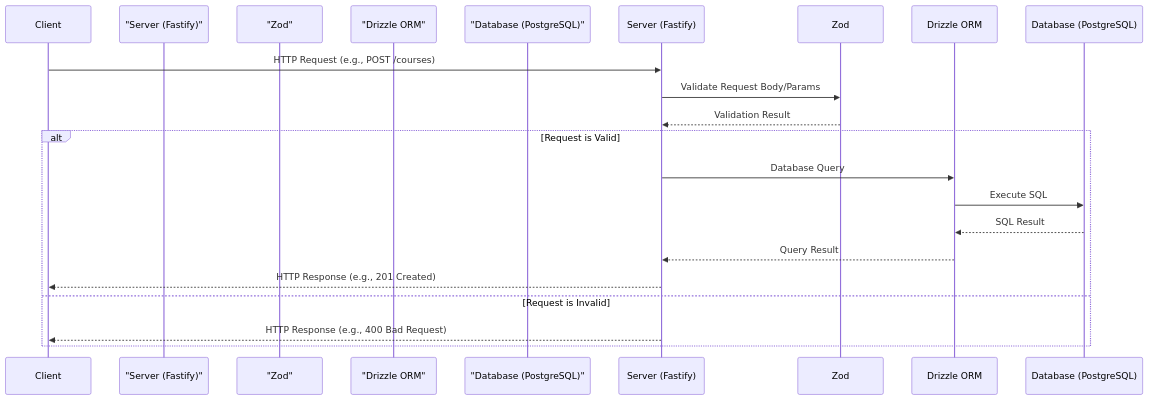
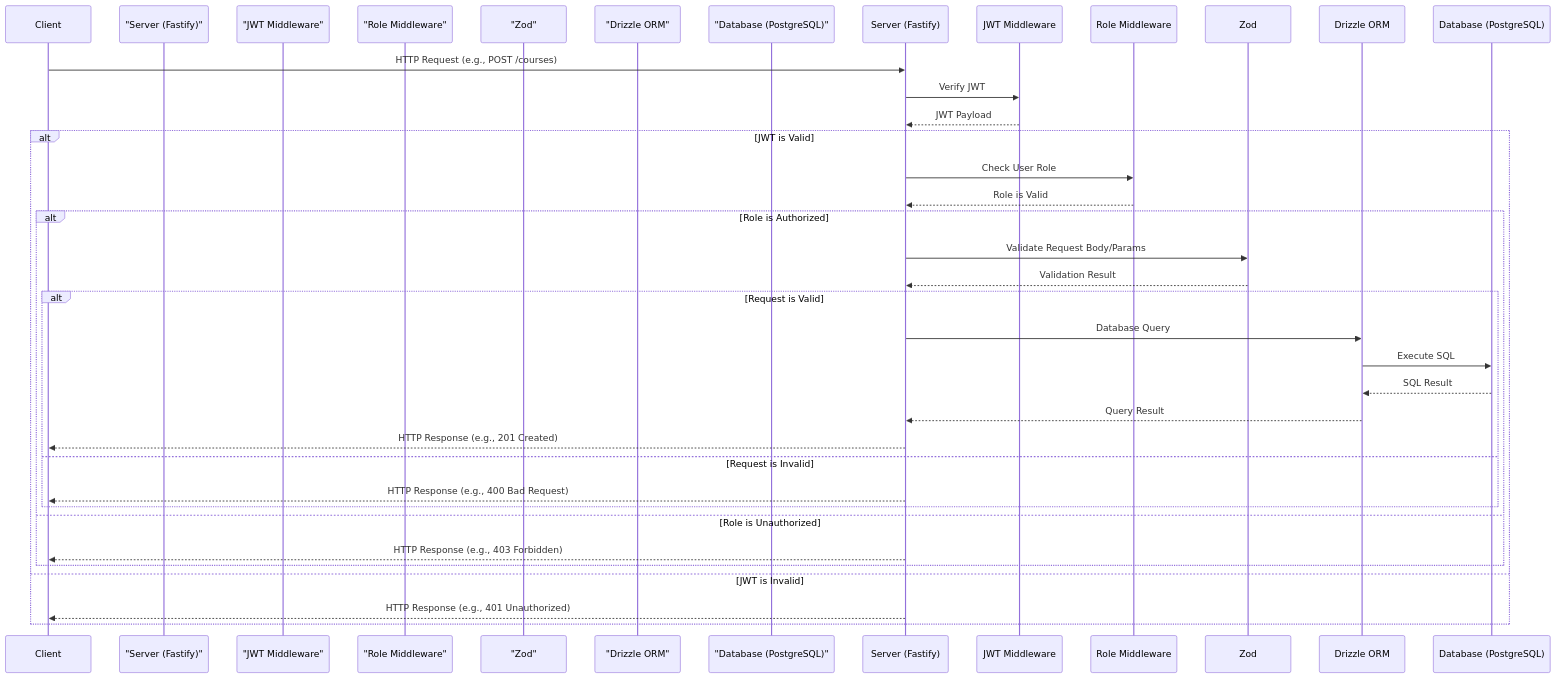
Before and after one commit to llutti/desafio-api-nodejs: the second of 2 diagrams in README.md, drawn with Mermaid. The commit also changed other lines of this file, not shown here.

````diff
--- a/README.md
+++ b/README.md
@@ -174,21 +271,35 @@
 ```mermaid
 sequenceDiagram
     participant Client
     participant "Server (Fastify)"
+    participant "JWT Middleware"
+    participant "Role Middleware"
     participant "Zod"
     participant "Drizzle ORM"
     participant "Database (PostgreSQL)"
 
     Client->>Server (Fastify): HTTP Request (e.g., POST /courses)
-    Server (Fastify)->>Zod: Validate Request Body/Params
-    Zod-->>Server (Fastify): Validation Result
-    alt Request is Valid
-        Server (Fastify)->>Drizzle ORM: Database Query
-        Drizzle ORM->>Database (PostgreSQL): Execute SQL
-        Database (PostgreSQL)-->>Drizzle ORM: SQL Result
-        Drizzle ORM-->>Server (Fastify): Query Result
-        Server (Fastify)-->>Client: HTTP Response (e.g., 201 Created)
-    else Request is Invalid
-        Server (Fastify)-->>Client: HTTP Response (e.g., 400 Bad Request)
+    Server (Fastify)->>JWT Middleware: Verify JWT
+    JWT Middleware-->>Server (Fastify): JWT Payload
+    alt JWT is Valid
+        Server (Fastify)->>Role Middleware: Check User Role
+        Role Middleware-->>Server (Fastify): Role is Valid
+        alt Role is Authorized
+            Server (Fastify)->>Zod: Validate Request Body/Params
+            Zod-->>Server (Fastify): Validation Result
+            alt Request is Valid
+                Server (Fastify)->>Drizzle ORM: Database Query
+                Drizzle ORM->>Database (PostgreSQL): Execute SQL
+                Database (PostgreSQL)-->>Drizzle ORM: SQL Result
+                Drizzle ORM-->>Server (Fastify): Query Result
+                Server (Fastify)-->>Client: HTTP Response (e.g., 201 Created)
+            else Request is Invalid
+                Server (Fastify)-->>Client: HTTP Response (e.g., 400 Bad Request)
+            end
+        else Role is Unauthorized
+            Server (Fastify)-->>Client: HTTP Response (e.g., 403 Forbidden)
+        end
+    else JWT is Invalid
+        Server (Fastify)-->>Client: HTTP Response (e.g., 401 Unauthorized)
     end
 ```
````
